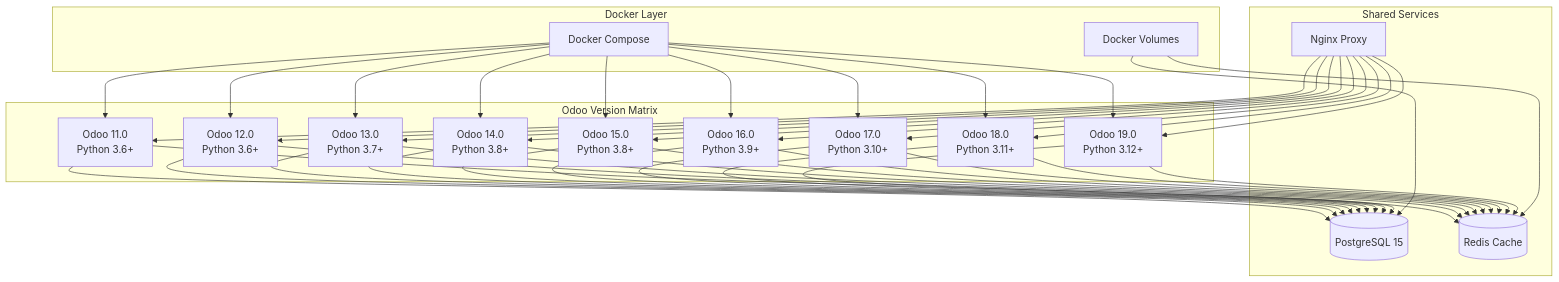
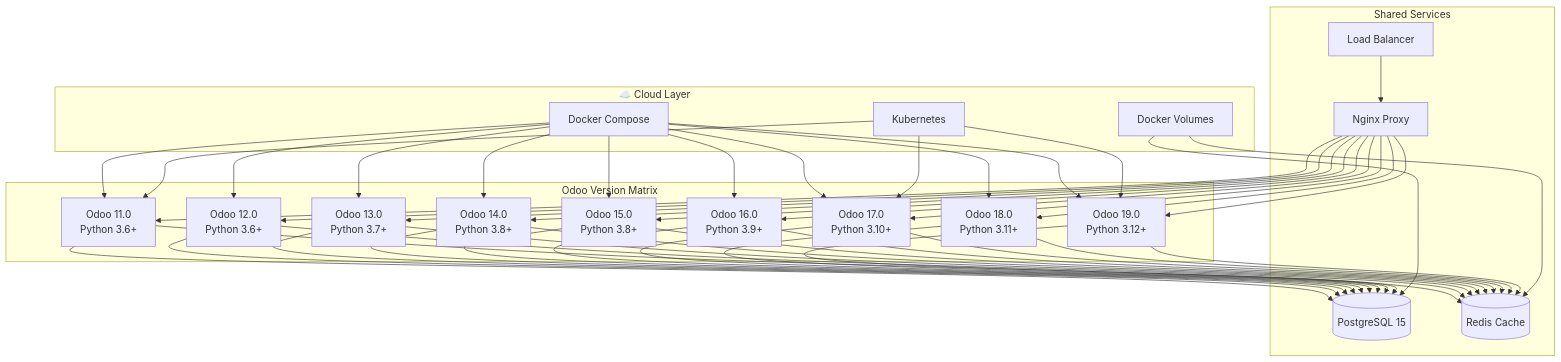
The first of 2 diagrams in docs/SETUP.md (fxagro/mytriv-erp), drawn with Mermaid before and after one commit. The commit also changed other lines of this file and 4 other files, not shown here.

````diff
--- a/docs/SETUP.md
+++ b/docs/SETUP.md
@@ -41,68 +75,75 @@
 ```mermaid
 graph TB
-    subgraph "Docker Layer"
+    subgraph "☁️ Cloud Layer"
         DC[Docker Compose]
         DV[Docker Volumes]
+        K8S[Kubernetes]
     end
 
     subgraph "Odoo Version Matrix"
         O11[Odoo 11.0<br/>Python 3.6+]
         O12[Odoo 12.0<br/>Python 3.6+]
         O13[Odoo 13.0<br/>Python 3.7+]
         O14[Odoo 14.0<br/>Python 3.8+]
         O15[Odoo 15.0<br/>Python 3.8+]
         O16[Odoo 16.0<br/>Python 3.9+]
         O17[Odoo 17.0<br/>Python 3.10+]
         O18[Odoo 18.0<br/>Python 3.11+]
         O19[Odoo 19.0<br/>Python 3.12+]
     end
 
     subgraph "Shared Services"
         DB[(PostgreSQL 15)]
         RD[(Redis Cache)]
         NG[Nginx Proxy]
+        LB[Load Balancer]
     end
 
     DC --> O11
     DC --> O12
     DC --> O13
     DC --> O14
     DC --> O15
     DC --> O16
     DC --> O17
     DC --> O18
     DC --> O19
+
+    K8S --> O11
+    K8S --> O17
+    K8S --> O19
 
     O11 --> DB
     O12 --> DB
     O13 --> DB
     O14 --> DB
     O15 --> DB
     O16 --> DB
     O17 --> DB
     O18 --> DB
     O19 --> DB
 
     O11 --> RD
     O12 --> RD
     O13 --> RD
     O14 --> RD
     O15 --> RD
     O16 --> RD
     O17 --> RD
     O18 --> RD
     O19 --> RD
 
+    LB --> NG
     NG --> O11
     NG --> O12
     NG --> O13
     NG --> O14
     NG --> O15
     NG --> O16
     NG --> O17
     NG --> O18
     NG --> O19
 
     DV --> DB
     DV --> RD
 ```
````
